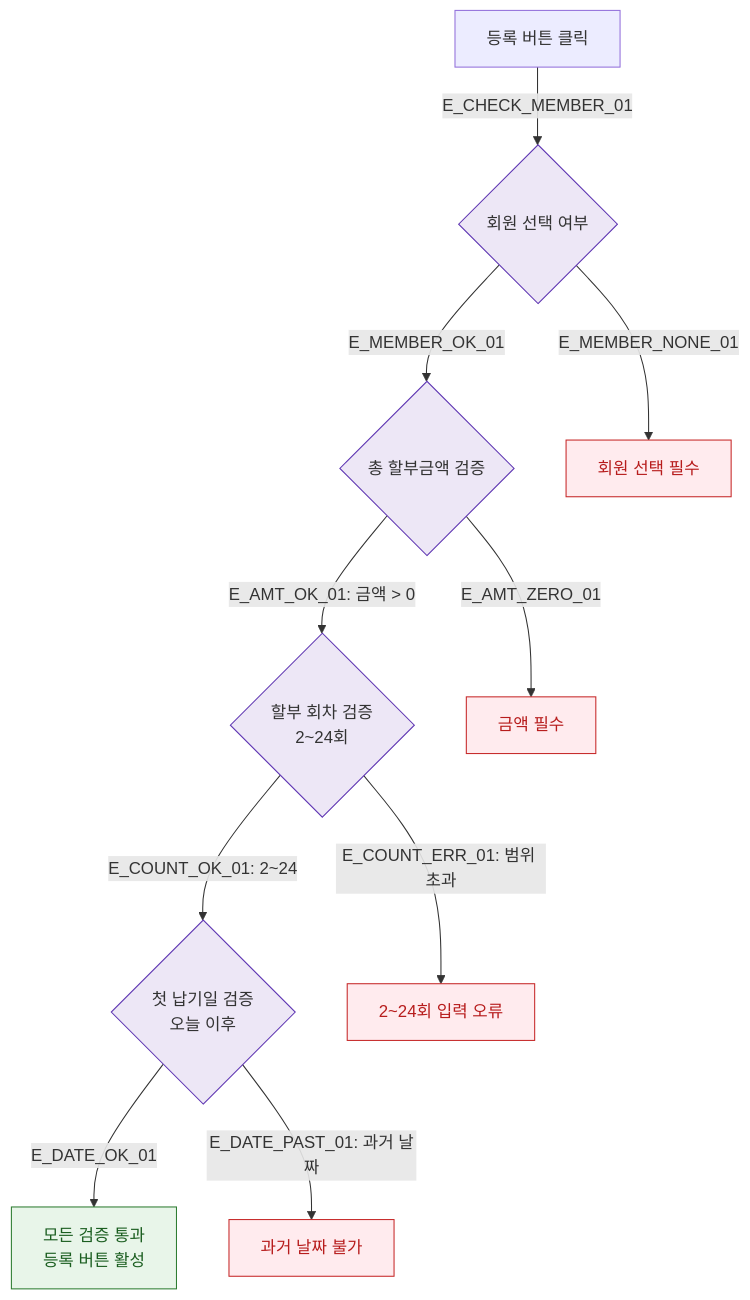
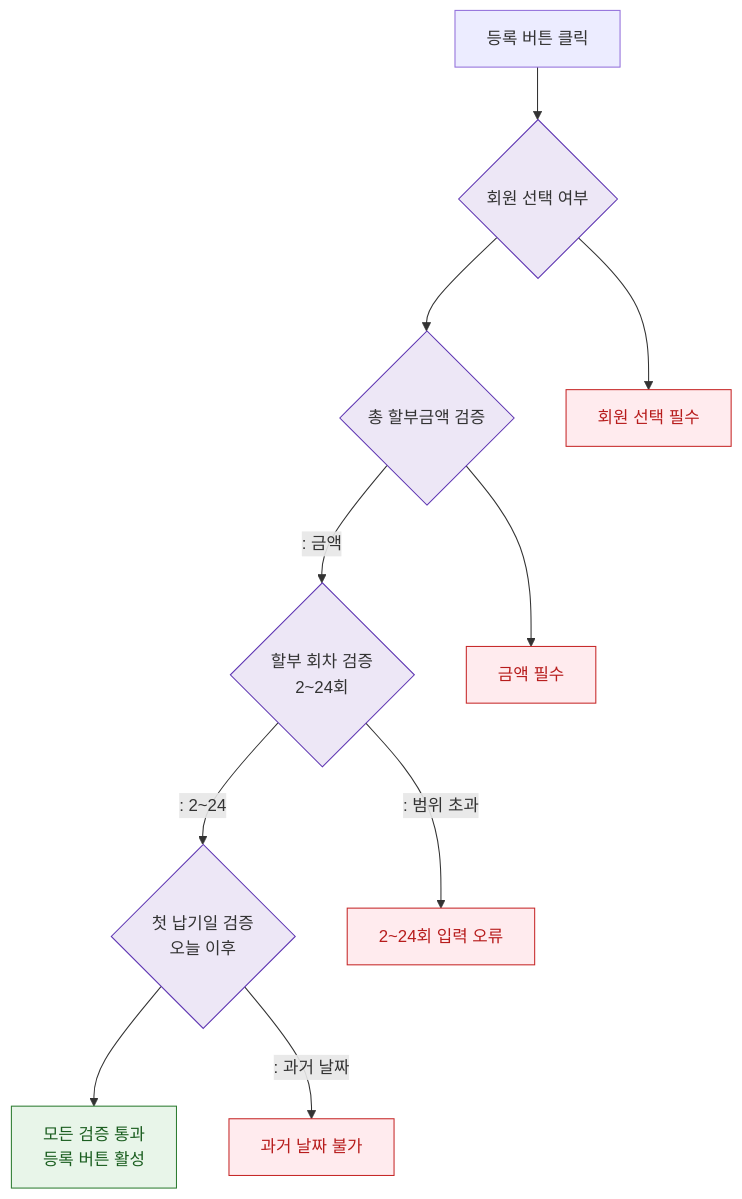
The diagram in docs/다이어그램/D03_매출관리/DLG-S009_할부등록/M2_필드검증.md (dev-spogym/admin-pando), drawn with Mermaid before and after one commit. The commit also changed other lines of this file and 1660 other files, not shown here.

First line of the commit message:
다이어그램: 기획자/클라이언트 납품본으로 정리

````diff
--- a/docs/다이어그램/D03_매출관리/DLG-S009_할부등록/M2_필드검증.md
+++ b/docs/다이어그램/D03_매출관리/DLG-S009_할부등록/M2_필드검증.md
@@ -20,23 +18,23 @@
 ```mermaid
 flowchart TD
-    SUBMIT[등록 버튼 클릭] -->|E_CHECK_MEMBER_01| MEMBER_CHECK{회원 선택 여부}
-    MEMBER_CHECK -->|E_MEMBER_OK_01| AMOUNT_CHECK{총 할부금액 검증}
-    MEMBER_CHECK -->|E_MEMBER_NONE_01| ERR_MEMBER[회원 선택 필수]
+    SUBMIT[등록 버튼 클릭] --> MEMBER_CHECK{회원 선택 여부}
+    MEMBER_CHECK --> AMOUNT_CHECK{총 할부금액 검증}
+    MEMBER_CHECK --> ERR_MEMBER[회원 선택 필수]
 
-    AMOUNT_CHECK -->|"E_AMT_OK_01: 금액 > 0"| INSTALLMENT_CHECK{할부 회차 검증\n2~24회}
-    AMOUNT_CHECK -->|E_AMT_ZERO_01| ERR_AMOUNT[금액 필수]
+    AMOUNT_CHECK -->|": 금액"|INSTALLMENT_CHECK{할부 회차 검증\n2~24회}
+    AMOUNT_CHECK --> ERR_AMOUNT[금액 필수]
 
-    INSTALLMENT_CHECK -->|"E_COUNT_OK_01: 2~24"| DATE_CHECK{첫 납기일 검증\n오늘 이후}
-    INSTALLMENT_CHECK -->|"E_COUNT_ERR_01: 범위 초과"| ERR_COUNT[2~24회 입력 오류]
+    INSTALLMENT_CHECK -->|": 2~24"|DATE_CHECK{첫 납기일 검증\n오늘 이후}
+    INSTALLMENT_CHECK -->|": 범위 초과"|ERR_COUNT[2~24회 입력 오류]
 
-    DATE_CHECK -->|E_DATE_OK_01| ALL_VALID[모든 검증 통과\n등록 버튼 활성]
-    DATE_CHECK -->|"E_DATE_PAST_01: 과거 날짜"| ERR_DATE[과거 날짜 불가]
+    DATE_CHECK --> ALL_VALID[모든 검증 통과\n등록 버튼 활성]
+    DATE_CHECK -->|": 과거 날짜"|ERR_DATE[과거 날짜 불가]
 
     classDef system fill:#EDE7F6,stroke:#5E35B2
     classDef success fill:#E8F5E9,stroke:#2E7D32,color:#1B5E20
     classDef error fill:#FFEBEE,stroke:#C62828,color:#B71C1C
 
     class MEMBER_CHECK,AMOUNT_CHECK,INSTALLMENT_CHECK,DATE_CHECK system
     class ALL_VALID success
     class ERR_MEMBER,ERR_AMOUNT,ERR_COUNT,ERR_DATE error
 ```
````
